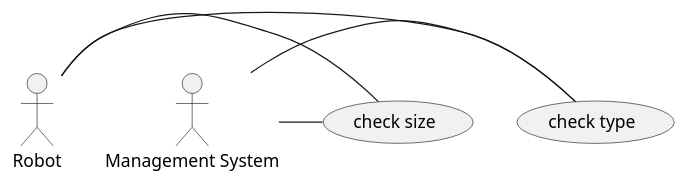
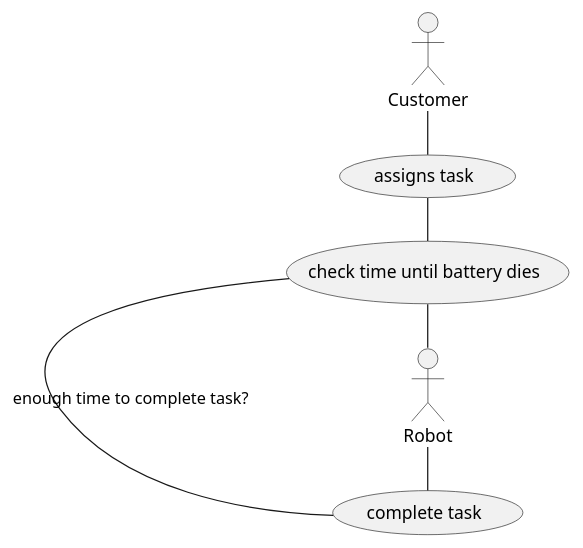
One commit to ur-cs-courses/course-project-catch-up changed the diagram in docs/design/usecases/usecase11.puml. Above: the diagram before and after it, drawn with PlantUML. The commit also changed other lines of this file and 22 other files, not shown here.

```diff
--- a/docs/design/usecases/usecase11.puml
+++ b/docs/design/usecases/usecase11.puml
@@ -1,16 +1,19 @@
 @startuml
+left to right direction
 
 actor Robot
+actor Customer
 
-usecase "check type" as ct
-usecase "check size" as cs
 
-actor "Management System" as ms
+usecase "assigns task" as at
+usecase "check time until battery dies" as cb
+usecase "complete task" as ct
 
+Customer - at
+at - cb
+cb - Robot
+cb - ct : "enough time to complete task?"
 Robot - ct
-ms - ct
-Robot - cs
-ms - cs
 
 
 @enduml
```
